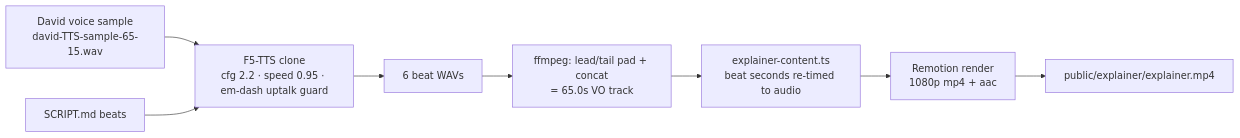
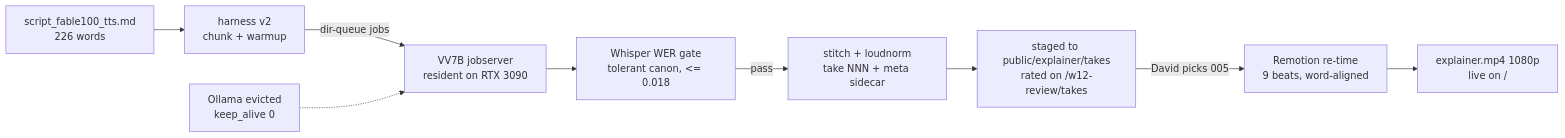
One commit to David-ACG/gwth-v2 changed the diagram in completion/COMPLETION_W12.md. Above: the diagram before and after it, drawn with Mermaid. The commit also changed other lines of this file and 43 other files, not shown here.

````diff
--- a/completion/COMPLETION_W12.md
+++ b/completion/COMPLETION_W12.md
@@ -46,10 +80,11 @@
 ```mermaid
 flowchart LR
-  S[David voice sample<br/>david-TTS-sample-65-15.wav] --> F[F5-TTS clone<br/>cfg 2.2 · speed 0.95 · em-dash uptalk guard]
-  SC[SCRIPT.md beats] --> F
-  F --> C[6 beat WAVs]
-  C --> A[ffmpeg: lead/tail pad + concat<br/>= 65.0s VO track]
-  A --> T[explainer-content.ts<br/>beat seconds re-timed to audio]
-  T --> R[Remotion render<br/>1080p mp4 + aac]
-  R --> P[public/explainer/explainer.mp4]
+  S[script_fable100_tts.md<br/>226 words] --> H[harness v2<br/>chunk + warmup]
+  H -->|dir-queue jobs| J[VV7B jobserver<br/>resident on RTX 3090]
+  O[Ollama evicted<br/>keep_alive 0] -.-> J
+  J --> W[Whisper WER gate<br/>tolerant canon, <= 0.018]
+  W -->|pass| ST[stitch + loudnorm<br/>take NNN + meta sidecar]
+  ST --> R[staged to public/explainer/takes<br/>rated on /w12-review/takes]
+  R -->|David picks 005| C[Remotion re-time<br/>9 beats, word-aligned]
+  C --> F[explainer.mp4 1080p<br/>live on /]
 ```
````
